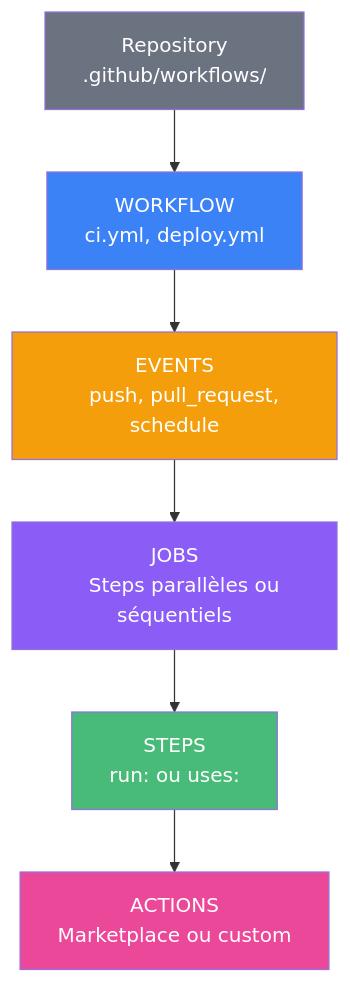
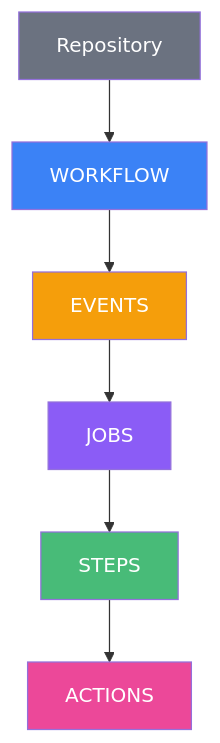
Before and after one commit to Foreach-Academy-France/formation-devops-initiation: the third of 3 diagrams in slides/05-cicd-github-actions.md, drawn with Mermaid. The commit also changed other lines of this file, not shown here.

First line of the commit message:
🐛 fix(slides): simplify Mermaid labels and add legend in Module 05

```diff
--- a/slides/05-cicd-github-actions.md
+++ b/slides/05-cicd-github-actions.md
@@ -275,21 +267,15 @@
 <div class="mermaid">
 flowchart TD
-    A["Repository
-    .github/workflows/"] --> B["WORKFLOW
-    ci.yml, deploy.yml"]
-    B --> C["EVENTS
-    push, pull_request, schedule"]
-    C --> D["JOBS
-    Steps parallèles ou séquentiels"]
-    D --> E["STEPS
-    run: ou uses:"]
-    E --> F["ACTIONS
-    Marketplace ou custom"]
+    A[Repository] --> B[WORKFLOW]
+    B --> C[EVENTS]
+    C --> D[JOBS]
+    D --> E[STEPS]
+    E --> F[ACTIONS]
 
     style A fill:#6b7280,color:#fff
     style B fill:#3b82f6,color:#fff
     style C fill:#f59e0b,color:#fff
     style D fill:#8b5cf6,color:#fff
     style E fill:#48bb78,color:#fff
     style F fill:#ec4899,color:#fff
 </div>
```
